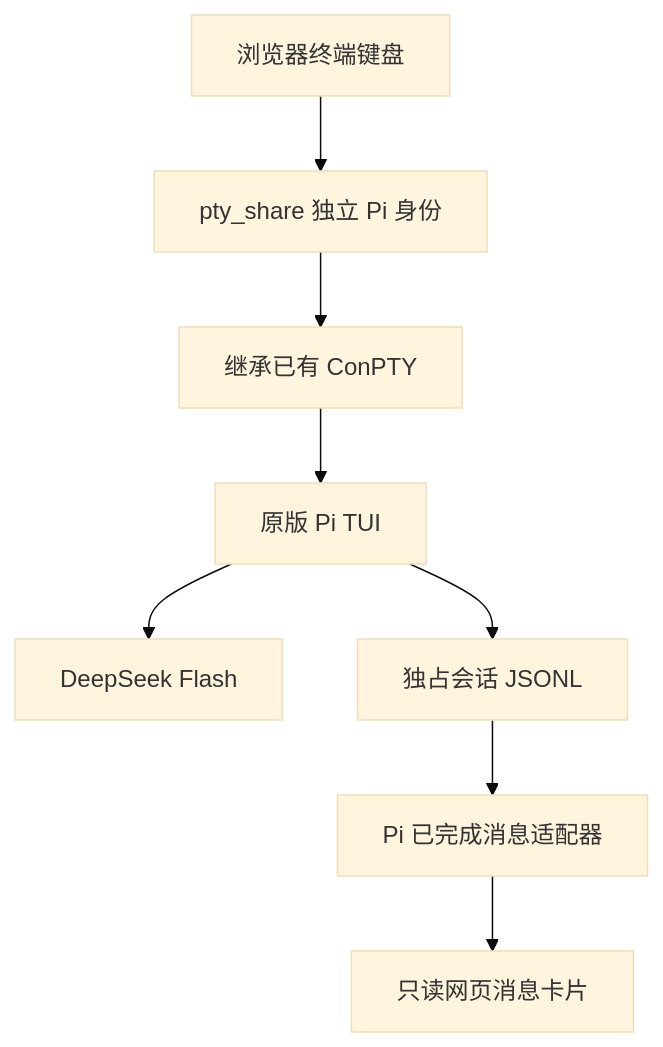
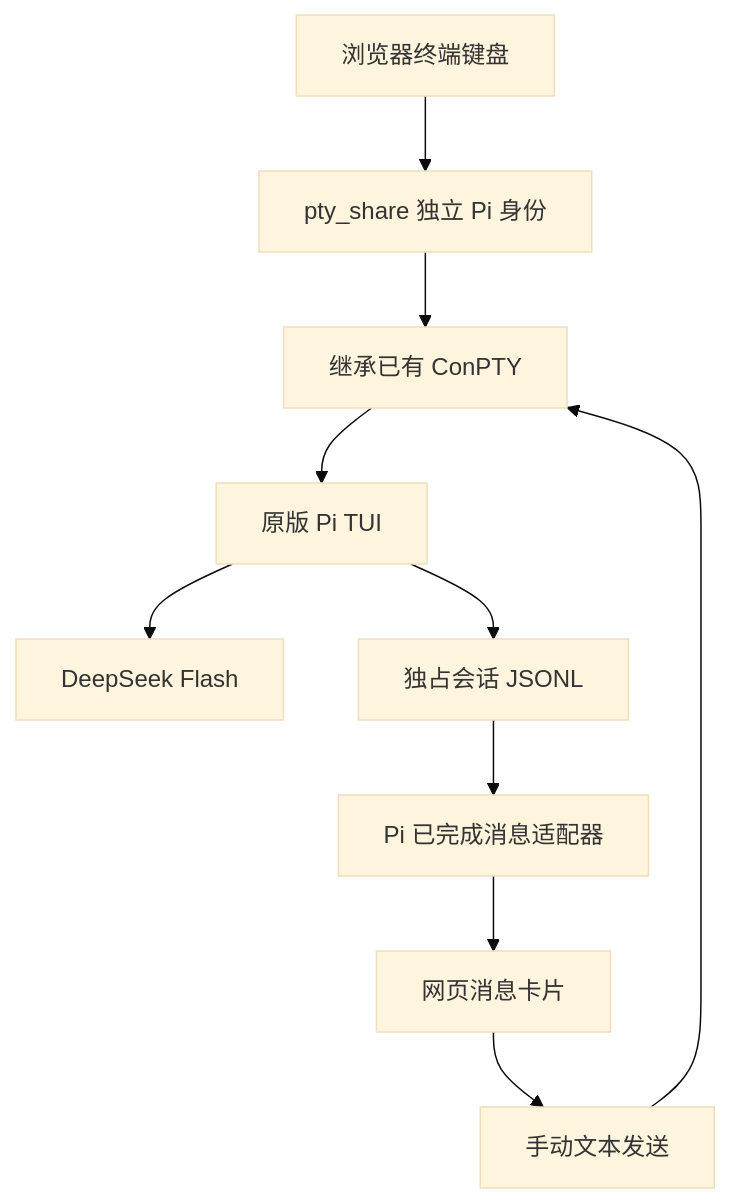
One commit to jyzgo/pi changed the diagram in docs/pty-share-integration.md. Above: the diagram before and after it, drawn with Mermaid (base theme). The commit also changed other lines of this file, not shown here.

````diff
--- a/docs/pty-share-integration.md
+++ b/docs/pty-share-integration.md
@@ -32,10 +32,12 @@
 ```mermaid
 flowchart TD
     A["浏览器终端键盘"] --> B["pty_share 独立 Pi 身份"]
     B --> C["继承已有 ConPTY"]
     C --> D["原版 Pi TUI"]
     D --> G["DeepSeek Flash"]
     D --> H["独占会话 JSONL"]
     H --> E["Pi 已完成消息适配器"]
-    E --> F["只读网页消息卡片"]
+    E --> F["网页消息卡片"]
+    F --> I["手动文本发送"]
+    I --> C
 ```
````
